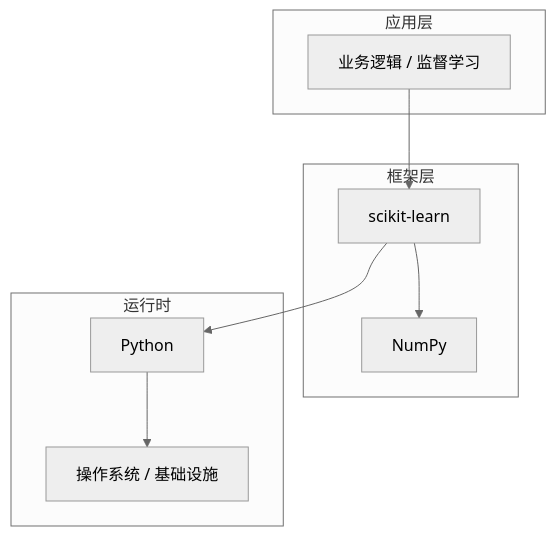
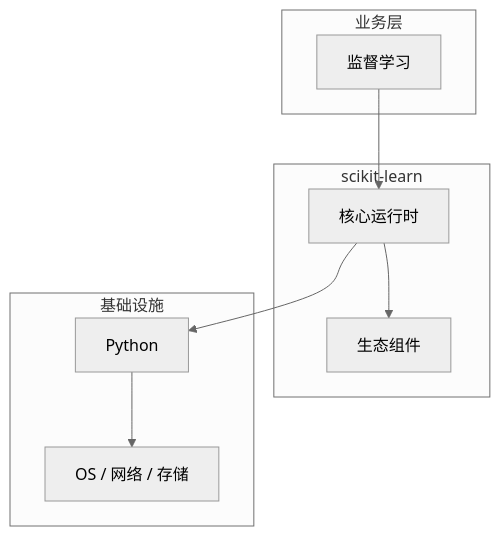
One commit to yanggan2015/knowledge-json-v2 changed the diagram in articles/机器学习/chapters/008-监督学习核心概念与原理.md. Above: the diagram before and after it, drawn with Mermaid (neutral theme). The commit also changed other lines of this file and 10127 other files, not shown here.

````diff
--- a/articles/机器学习/chapters/008-监督学习核心概念与原理.md
+++ b/articles/机器学习/chapters/008-监督学习核心概念与原理.md
@@ -45,18 +30,18 @@
 ```mermaid
 graph TB
-    subgraph 应用层
-        A[业务逻辑 / 监督学习]
+    subgraph 业务层
+        A[监督学习]
     end
-    subgraph 框架层
-        B[scikit-learn]
-        C[NumPy]
+    subgraph scikit-learn
+        B[核心运行时]
+        C[生态组件]
     end
-    subgraph 运行时
+    subgraph 基础设施
         D[Python]
-        E[操作系统 / 基础设施]
+        E[OS / 网络 / 存储]
     end
     A --> B
     B --> C
     B --> D
     D --> E
 ```
````
